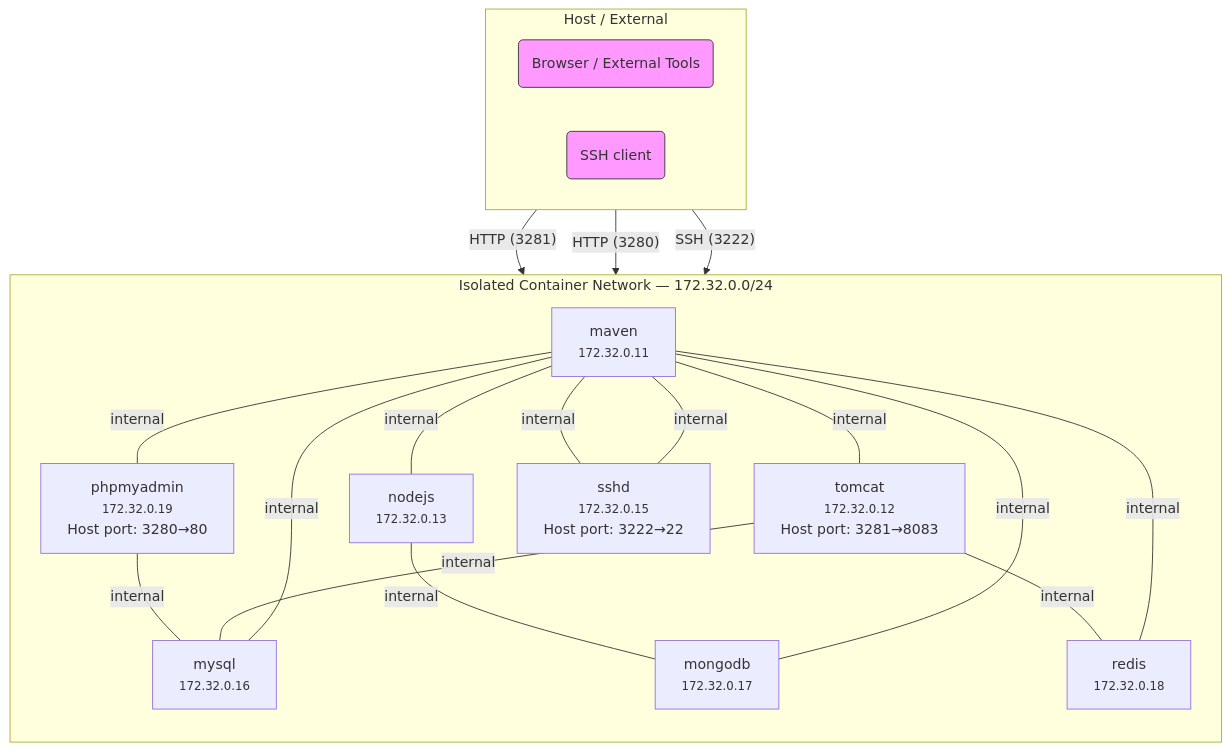
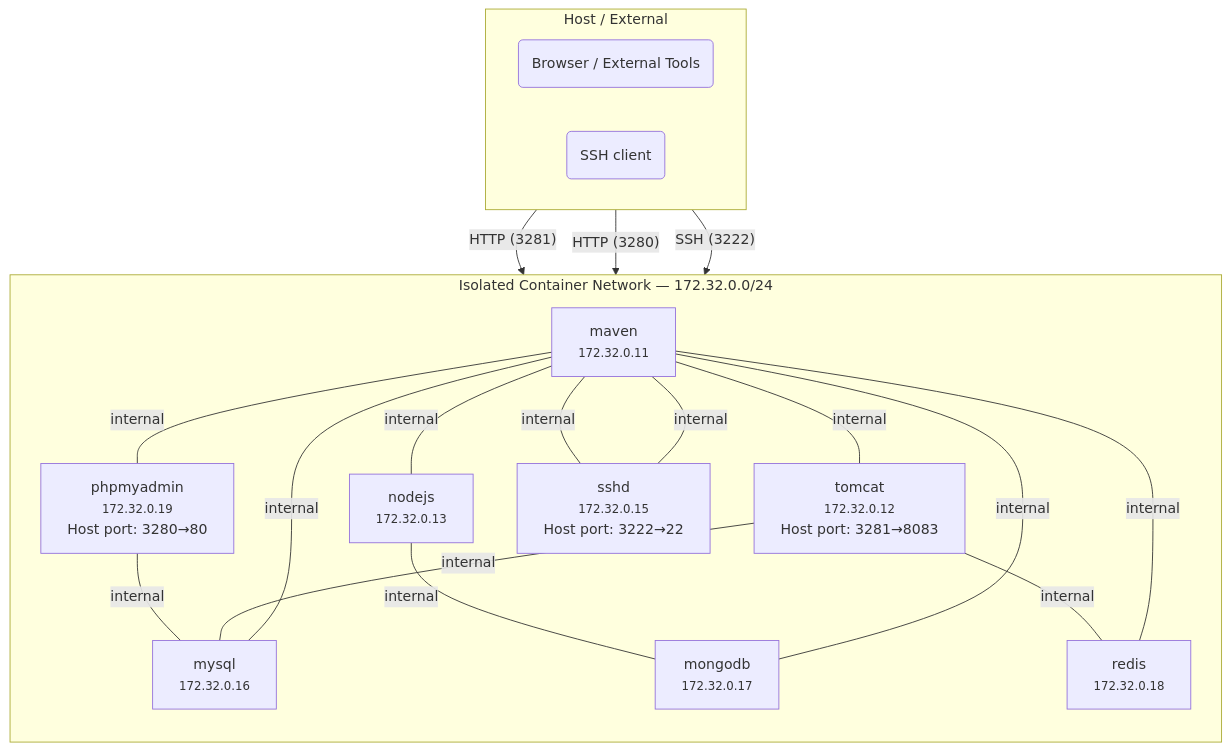
Before and after one commit to hoss-java/EventManagementApp: the first of 2 diagrams in README.md, drawn with Mermaid.

Commit message:
[AUTO-GENARATE] Auto-merge from develop to main

````diff
--- a/README.md
+++ b/README.md
@@ -86,43 +88,40 @@
 ```mermaid
 flowchart TB
   subgraph Network [Isolated Container Network — 172.32.0.0/24]
     direction TB
 
     maven["maven<br/><small>172.32.0.11</small>"]
     tomcat["tomcat<br/><small>172.32.0.12</small><br/>Host port: 3281→8083"]
     nodejs["nodejs<br/><small>172.32.0.13</small>"]
     sshd["sshd<br/><small>172.32.0.15</small><br/>Host port: 3222→22"]
     mysql["mysql<br/><small>172.32.0.16</small>"]
     mongodb["mongodb<br/><small>172.32.0.17</small>"]
     redis["redis<br/><small>172.32.0.18</small>"]
     phpmyadmin["phpmyadmin<br/><small>172.32.0.19</small><br/>Host port: 3280→80"]
 
     maven ---|internal| tomcat
     maven ---|internal| nodejs
     maven ---|internal| mysql
     maven ---|internal| mongodb
     maven ---|internal| redis
     maven ---|internal| phpmyadmin
     maven ---|internal| sshd
 
     tomcat ---|internal| mysql
     tomcat ---|internal| redis
     nodejs ---|internal| mongodb
     phpmyadmin ---|internal| mysql
     sshd ---|internal| maven
 
   end
 
   subgraph Host [Host / External]
     direction LR
     Browser("Browser / External Tools")
     SSH_Client("SSH client")
   end
 
   Browser -- HTTP (3281) --> tomcat
   Browser -- HTTP (3280) --> phpmyadmin
   SSH_Client -- SSH (3222) --> sshd
-
-  classDef ext fill:#f9f,stroke:#333;
-  class Browser,SSH_Client ext;
 ```
````
